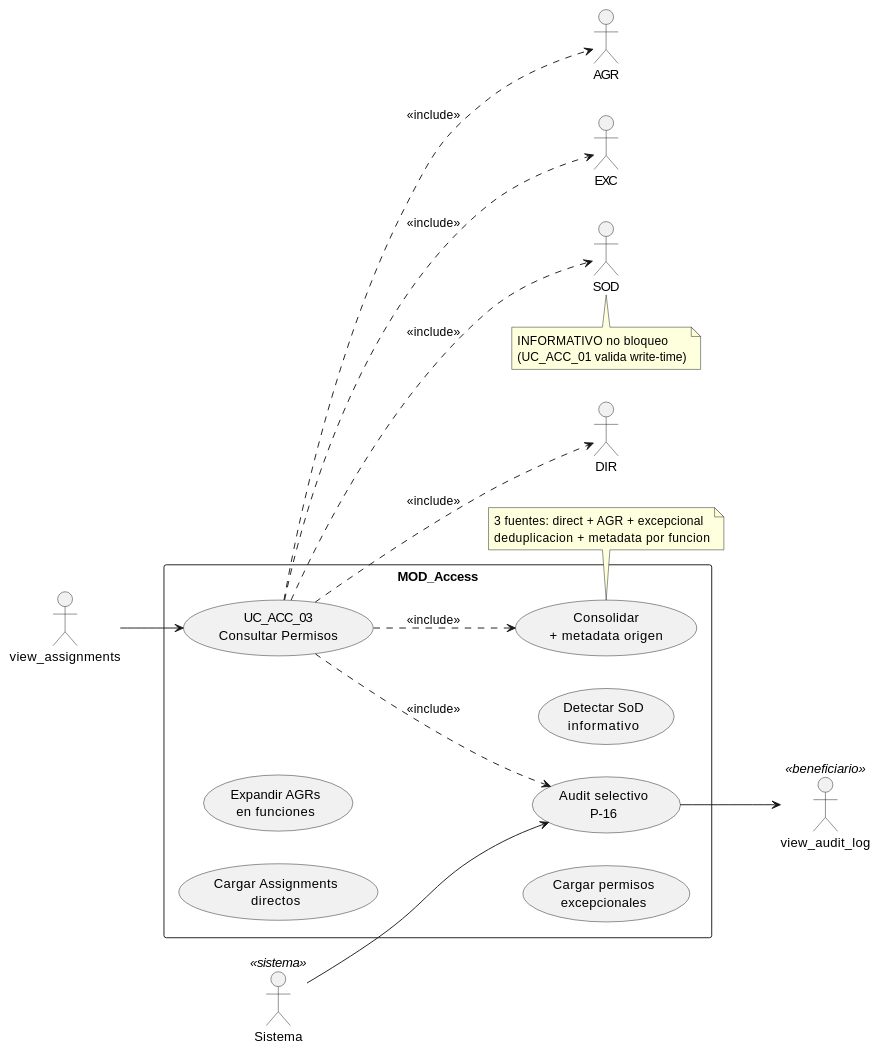
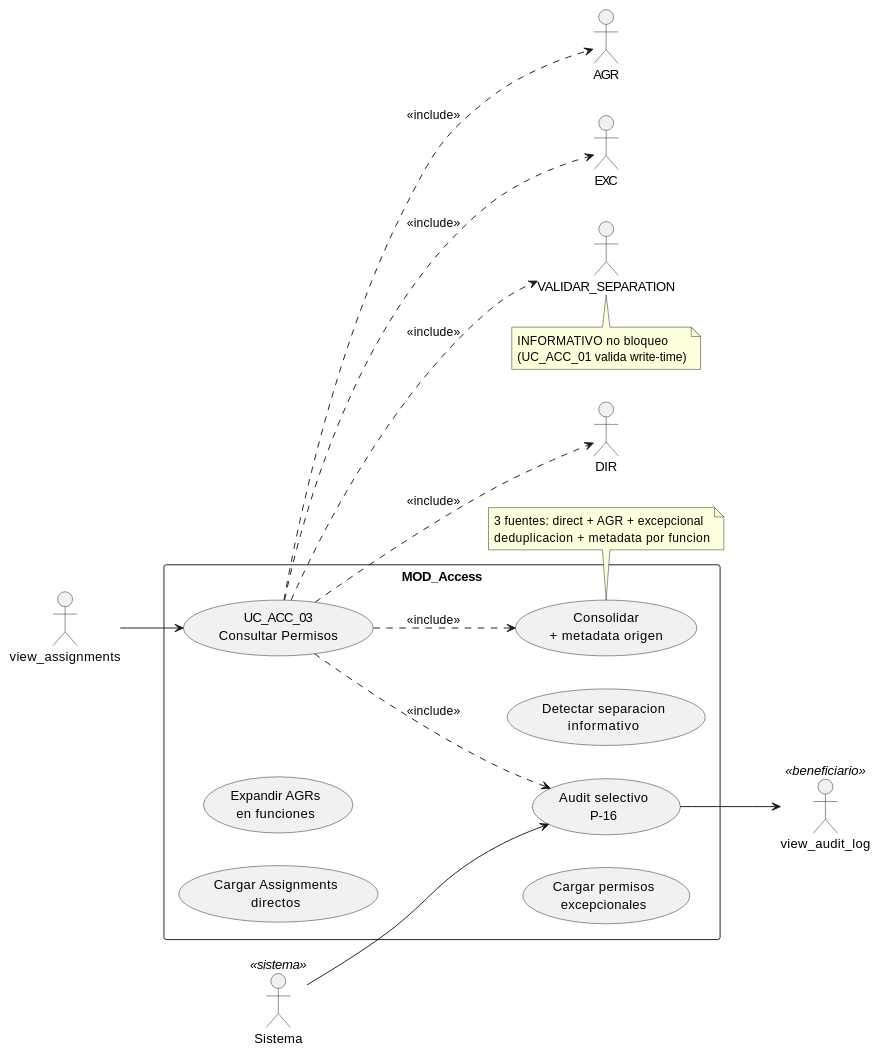
The diagram in source/requisitos/casos-uso/access/uc-acc-03/diagramas-uml/diagrama-de-caso-de-uso.rst (jcg-admin/IACT-docs), drawn with PlantUML before and after one commit. The commit also changed 148 other files, not shown here.

```diff
--- a/source/requisitos/casos-uso/access/uc-acc-03/diagramas-uml/diagrama-de-caso-de-uso.rst
+++ b/source/requisitos/casos-uso/access/uc-acc-03/diagramas-uml/diagrama-de-caso-de-uso.rst
@@ -4,41 +4,41 @@
 .. uml::
  :caption: UC_ACC_03 — actores y casos asociados
 
  @startuml
 
  left to right direction
 
  actor "view_assignments" as INVOKER
  actor "view_audit_log" as view_audit_log <<beneficiario>>
  actor "Sistema" as Sistema <<sistema>>
 
  rectangle "MOD_Access" {
    usecase "UC_ACC_03\nConsultar Permisos" as UC_ACC_03
    usecase "Cargar Assignments\ndirectos" as AsignacionesDirectas
    usecase "Expandir AGRs\nen funciones" as GrupoAcceso
    usecase "Cargar permisos\nexcepcionales" as ExcepcionSistema
    usecase "Consolidar\n+ metadata origen" as CONSOLIDAR_METADATA
-   usecase "Detectar SoD\ninformativo" as ValidadorSoD
+   usecase "Detectar separacion\ninformativo" as ValidadorSeparacion
    usecase "Audit selectivo\nP-16" as AUDITORIA_SELECTIVA
  }
 
  INVOKER --> UC_ACC_03
  UC_ACC_03 ..> DIR : <<include>>
  UC_ACC_03 ..> AGR : <<include>>
  UC_ACC_03 ..> EXC : <<include>>
  UC_ACC_03 ..> CONSOLIDAR_METADATA : <<include>>
- UC_ACC_03 ..> SOD : <<include>>
+ UC_ACC_03 ..> VALIDAR_SEPARATION : <<include>>
  UC_ACC_03 ..> AUDITORIA_SELECTIVA : <<include>>
  Sistema --> AUDITORIA_SELECTIVA
  AUDITORIA_SELECTIVA --> view_audit_log
 
  note bottom of CONSOLIDAR_METADATA
    3 fuentes: direct + AGR + excepcional
    deduplicacion + metadata por funcion
  end note
- note bottom of SOD
+ note bottom of VALIDAR_SEPARATION
    INFORMATIVO no bloqueo
    (UC_ACC_01 valida write-time)
  end note
 
  @enduml
```
